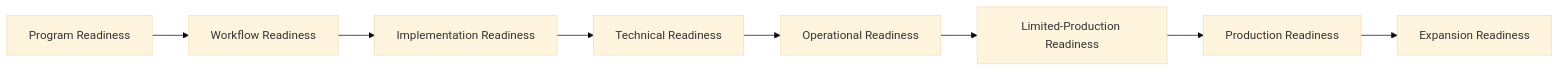
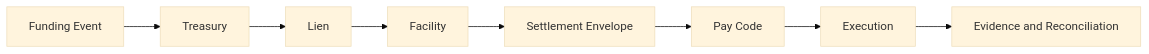
One commit to 3neti/x-change-monographs changed the fourth of 7 diagrams in docs/institutions/philippine-veterans-bank/program-guide/appendices/diagrams.md. Above: the diagram before and after it, drawn with Mermaid (base theme). The commit also changed other lines of this file and 21 other files, not shown here.

````diff
--- a/docs/institutions/philippine-veterans-bank/program-guide/appendices/diagrams.md
+++ b/docs/institutions/philippine-veterans-bank/program-guide/appendices/diagrams.md
@@ -66,10 +42,10 @@
 ```mermaid
 flowchart LR
-    Program["Program Readiness"] --> Workflow["Workflow Readiness"]
-    Workflow --> Implementation["Implementation Readiness"]
-    Implementation --> Technical["Technical Readiness"]
-    Technical --> Operational["Operational Readiness"]
-    Operational --> Limited["Limited-Production Readiness"]
-    Limited --> Production["Production Readiness"]
-    Production --> Expansion["Expansion Readiness"]
+    Funding["Funding Event"] --> Treasury["Treasury"]
+    Treasury --> Lien["Lien"]
+    Lien --> Facility["Facility"]
+    Facility --> Envelope["Settlement Envelope"]
+    Envelope --> PayCode["Pay Code"]
+    PayCode --> Execution["Execution"]
+    Execution --> Evidence["Evidence and Reconciliation"]
 ```
````
